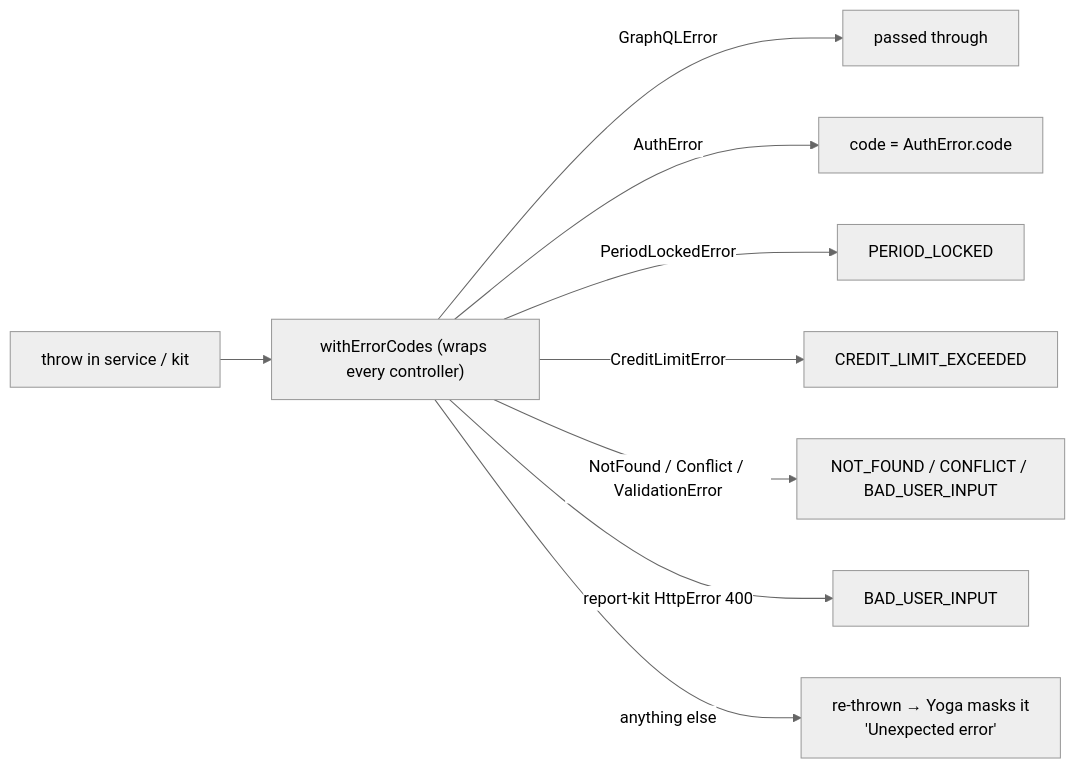
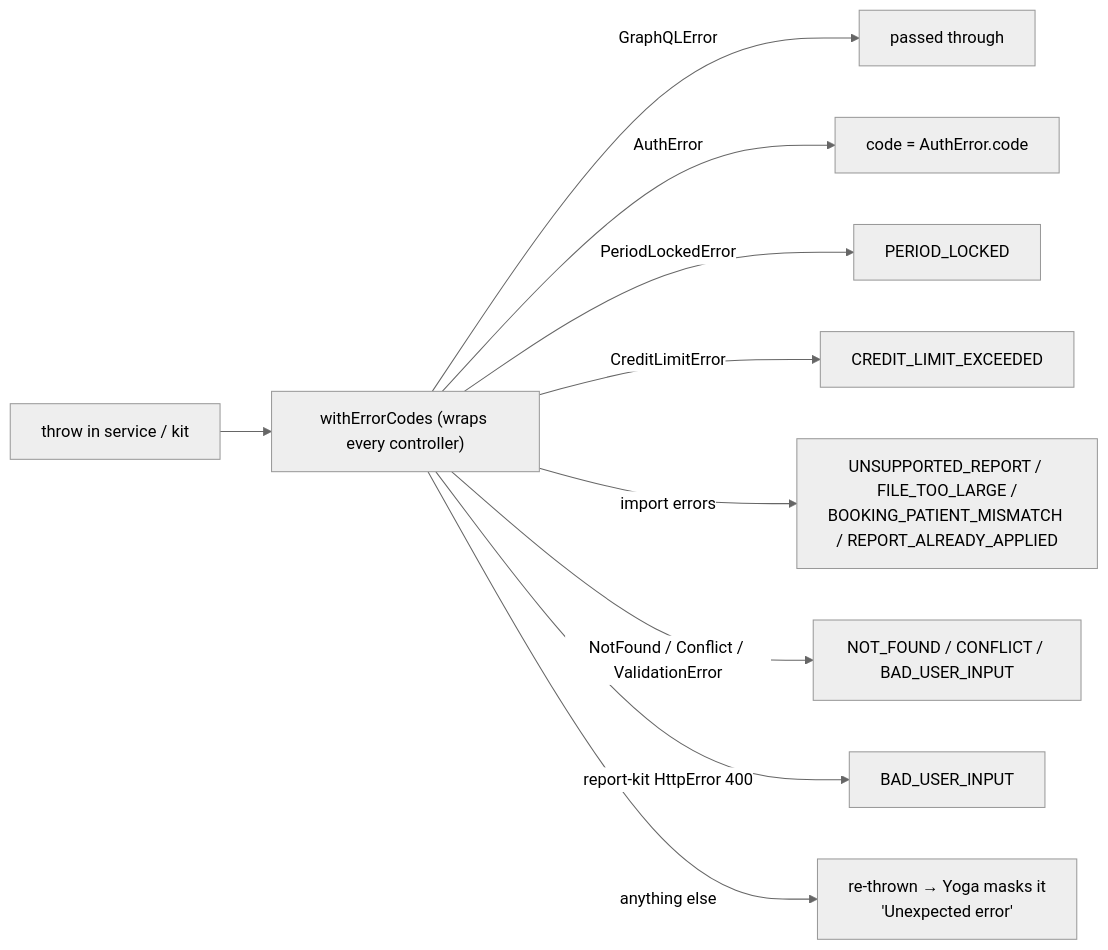
Before and after one commit to mgpl-diagnostics/api: the diagram in docs/05-errors.md, drawn with Mermaid (neutral theme). The commit also changed other lines of this file and 34 other files, not shown here.

First line of the commit message:
feat: import partner-lab reports (report-reader) (#23)

````diff
--- a/docs/05-errors.md
+++ b/docs/05-errors.md
@@ -34,11 +38,12 @@
 ```mermaid
 flowchart LR
   T["throw in service / kit"] --> W["withErrorCodes (wraps every controller)"]
   W -->|GraphQLError| P["passed through"]
   W -->|AuthError| A["code = AuthError.code"]
   W -->|PeriodLockedError| L["PERIOD_LOCKED"]
   W -->|CreditLimitError| CL["CREDIT_LIMIT_EXCEEDED"]
+  W -->|import errors| IM["UNSUPPORTED_REPORT / FILE_TOO_LARGE /<br/>BOOKING_PATIENT_MISMATCH / REPORT_ALREADY_APPLIED"]
   W -->|NotFound / Conflict / ValidationError| D["NOT_FOUND / CONFLICT / BAD_USER_INPUT"]
   W -->|report-kit HttpError 400| B["BAD_USER_INPUT"]
   W -->|anything else| M["re-thrown → Yoga masks it<br/>'Unexpected error'"]
 ```
````
